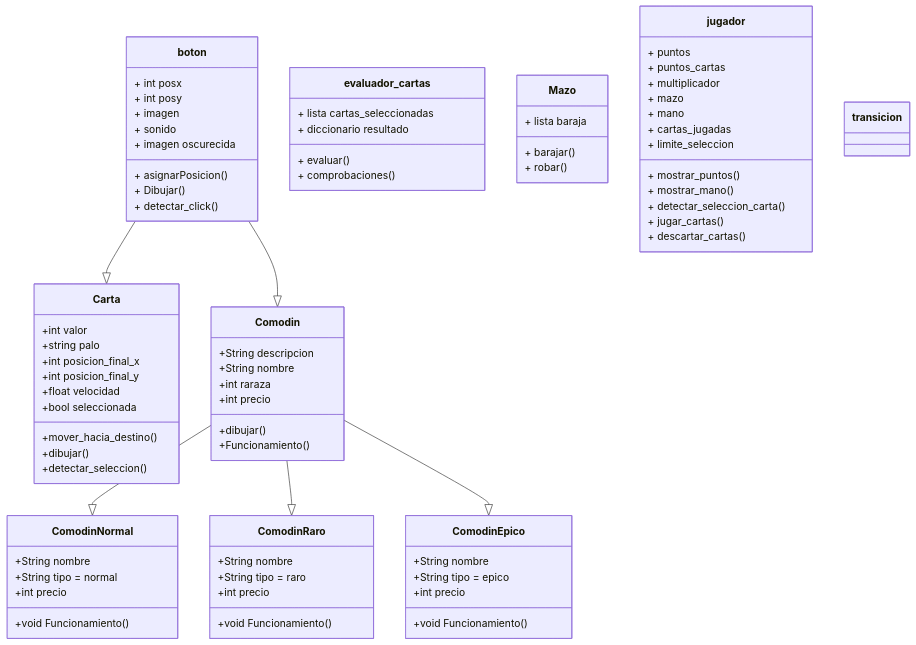
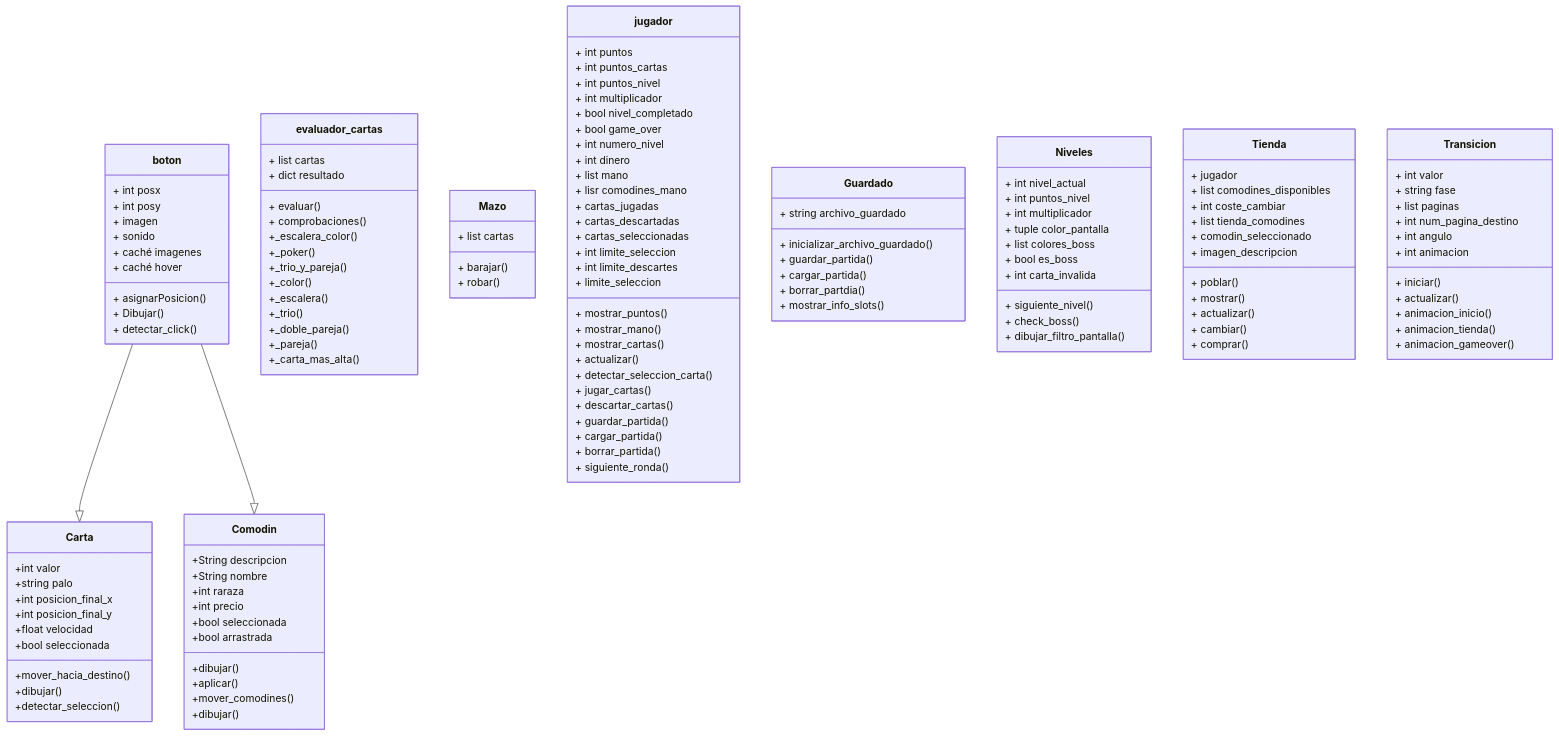
Before and after one commit to Hsandin7/Practica-TPA: the diagram in README.md, drawn with Mermaid. The commit also changed other lines of this file, not shown here.

````diff
--- a/README.md
+++ b/README.md
@@ -99,86 +100,144 @@
 direction TB
 
     class boton {
-        + int posx
-        + int posy
-        + imagen
-        + sonido
-        + imagen oscurecida
-        + asignarPosicion()
-        + Dibujar()
-        + detectar_click()
+	    + int posx
+	    + int posy
+	    + imagen
+	    + sonido
+		+ caché imagenes
+		+ caché hover
+	    + asignarPosicion()
+	    + Dibujar()
+	    + detectar_click()
     }
     class Carta {
-        +int valor
-        +string palo
-        +int posicion_final_x
-        +int posicion_final_y
-        +float velocidad
-        +bool seleccionada
-        +mover_hacia_destino()
-        +dibujar()
-        +detectar_seleccion()
+	    +int valor 
+	    +string palo
+	    +int posicion_final_x
+	    +int posicion_final_y
+	    +float velocidad
+	    +bool seleccionada
+	    +mover_hacia_destino()
+	    +dibujar()
+	    +detectar_seleccion()
     }
     class Comodin {
-        +String descripcion
-        +String nombre
-        +int raraza
-        +int precio
-        +dibujar()
-        +Funcionamiento()
+	    +String descripcion
+	    +String nombre
+	    +int raraza
+	    +int precio
+		+bool seleccionada
+		+bool arrastrada
+	    +dibujar()
+	    +aplicar()
+		+mover_comodines()
+		+dibujar()
     }
-    class ComodinNormal {
-        +String nombre
-        +String tipo = normal
-        +int precio
-        +void Funcionamiento()
-    }
-    class ComodinRaro {
-        +String nombre
-        +String tipo = raro
-        +int precio
-        +void Funcionamiento()
-    }
-    class ComodinEpico {
-        +String nombre
-        +String tipo = epico
-        +int precio
-        +void Funcionamiento()
-    }
+
     boton --|> Carta
     boton--|> Comodin
-    Comodin --|> ComodinNormal
-    Comodin --|> ComodinRaro
-    Comodin --|> ComodinEpico
 
     class evaluador_cartas{
-        + lista cartas_seleccionadas
-        + diccionario resultado
-        + evaluar()
-        + comprobaciones()
-      }
+	    + list cartas
+	    + dict resultado
+	    + evaluar()
+	    + comprobaciones()
+		+_escalera_color()
+		+_poker()
+		+_trio_y_pareja()
+		+_color()
+		+_escalera()
+		+_trio()
+		+_doble_pareja()
+		+_pareja()
+		+_carta_mas_alta()
+	  }
+	  
+	  class Mazo{
+		  + list cartas
+		  + barajar()
+		  + robar()
+	  }
+	  
+	  class jugador{
+		  + int puntos
+		  + int puntos_cartas
+		  + int puntos_nivel
+		  + int multiplicador
+		  + bool nivel_completado
+		  + bool game_over
+		  + int numero_nivel
+		  + int dinero
+		  + list mano
+		  + lisr comodines_mano
+		  + cartas_jugadas
+		  + cartas_descartadas
+		  + cartas_seleccionadas
+		  + int limite_seleccion
+		  + int limite_descartes
+		  + limite_seleccion
+		  + mostrar_puntos()
+		  + mostrar_mano()
+		  + mostrar_cartas()
+		  + actualizar()
+		  + detectar_seleccion_carta()
+		  + jugar_cartas()
+		  + descartar_cartas()
+		  + guardar_partida()
+		  + cargar_partida()
+		  + borrar_partida()
+		  + siguiente_ronda()
+	  }
 
-      class Mazo{
-          + lista baraja
-          + barajar()
-          + robar()
-      }
+      class Guardado{
+		    + string archivo_guardado
+			+ inicializar_archivo_guardado()
+			+ guardar_partida()
+			+ cargar_partida()
+			+ borrar_partdia()
+			+ mostrar_info_slots()
+	  }
+	  class Niveles{
+			+ int nivel_actual
+			+ int puntos_nivel
+			+ int multiplicador
+			+ tuple color_pantalla
+		 	+ list colores_boss
+			+ bool es_boss
+			+ int carta_invalida
+			+ siguiente_nivel()
+			+ check_boss()
+			+ dibujar_filtro_pantalla()
+	   }
 
-      class jugador{
-          + puntos
-          + puntos_cartas
-          + multiplicador
-          + mazo
-          + mano
-          + cartas_jugadas
-          + limite_seleccion
-          + mostrar_puntos()
-          + mostrar_mano()
-          + detectar_seleccion_carta()
-          + jugar_cartas()
-          + descartar_cartas()
-      }
+		class Tienda{
+			+ jugador
+			+ list comodines_disponibles
+			+ int coste_cambiar
+			+ list tienda_comodines
+			+ comodin_seleccionado
+			+ imagen_descripcion
+			+ poblar()
+			+ mostrar()
+			+ actualizar()
+			+ cambiar()
+			+ comprar()
 
-      class transicion{
-      }
+		}
+
+		class Transicion{
+			+ int valor
+			+ string fase
+			+ list paginas
+			+ int num_pagina_destino
+			+ int angulo
+			+ int animacion
+			+ iniciar()
+			+ actualizar()
+			+ animacion_inicio()
+			+ animacion_tienda()
+			+ animacion_gameover()
+
+		}
+
 ```
````
